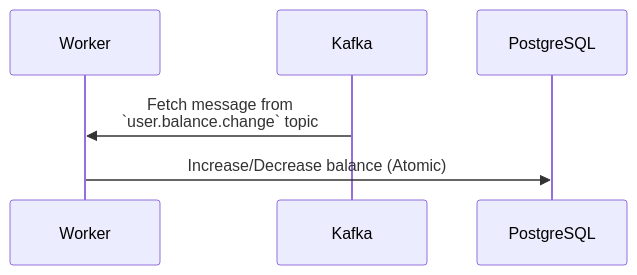
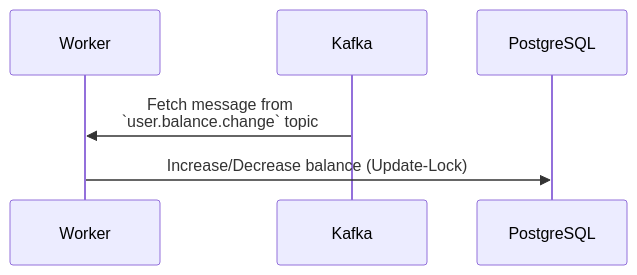
Before and after one commit to kadsin/sms-gateway: the fourth of 4 diagrams in docs/architecture.md, drawn with Mermaid. The commit also changed other lines of this file, not shown here.

Commit message:
docs(architecture.wallet_service): Add redis lock

````diff
--- a/docs/architecture.md
+++ b/docs/architecture.md
@@ -122,9 +124,9 @@
 ```mermaid
 sequenceDiagram
     participant w as Worker
     participant mb as Kafka
     participant p as PostgreSQL
 
     mb->>w: Fetch message from<br>`user.balance.change` topic
-    w->>p: Increase/Decrease balance (Atomic)
+    w->>p: Increase/Decrease balance (Update-Lock)
 ```
````
